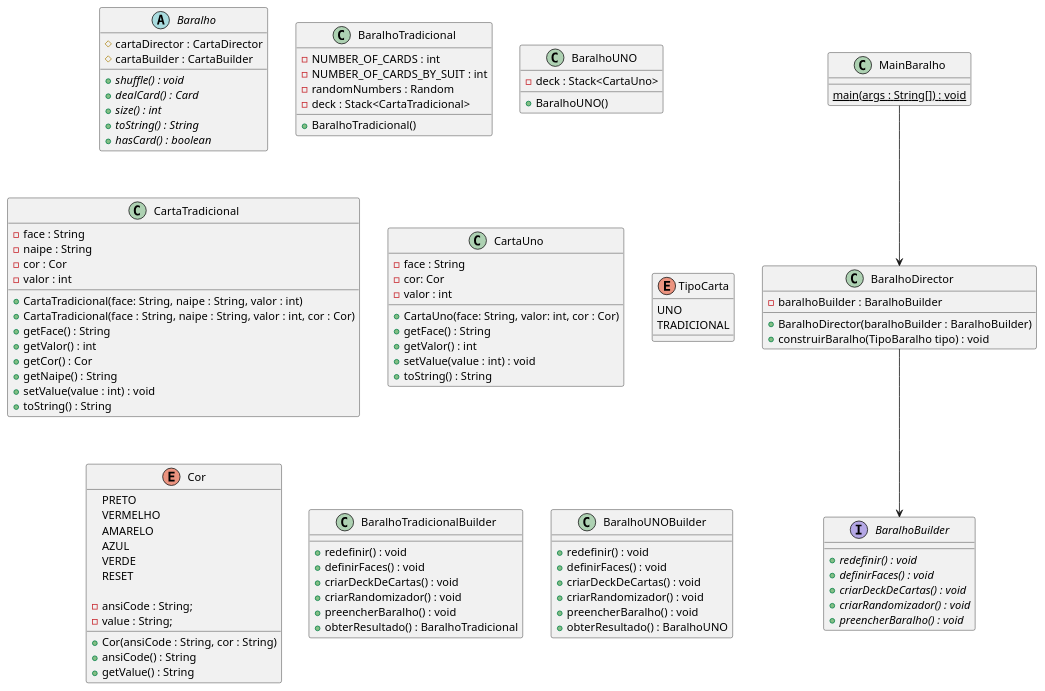
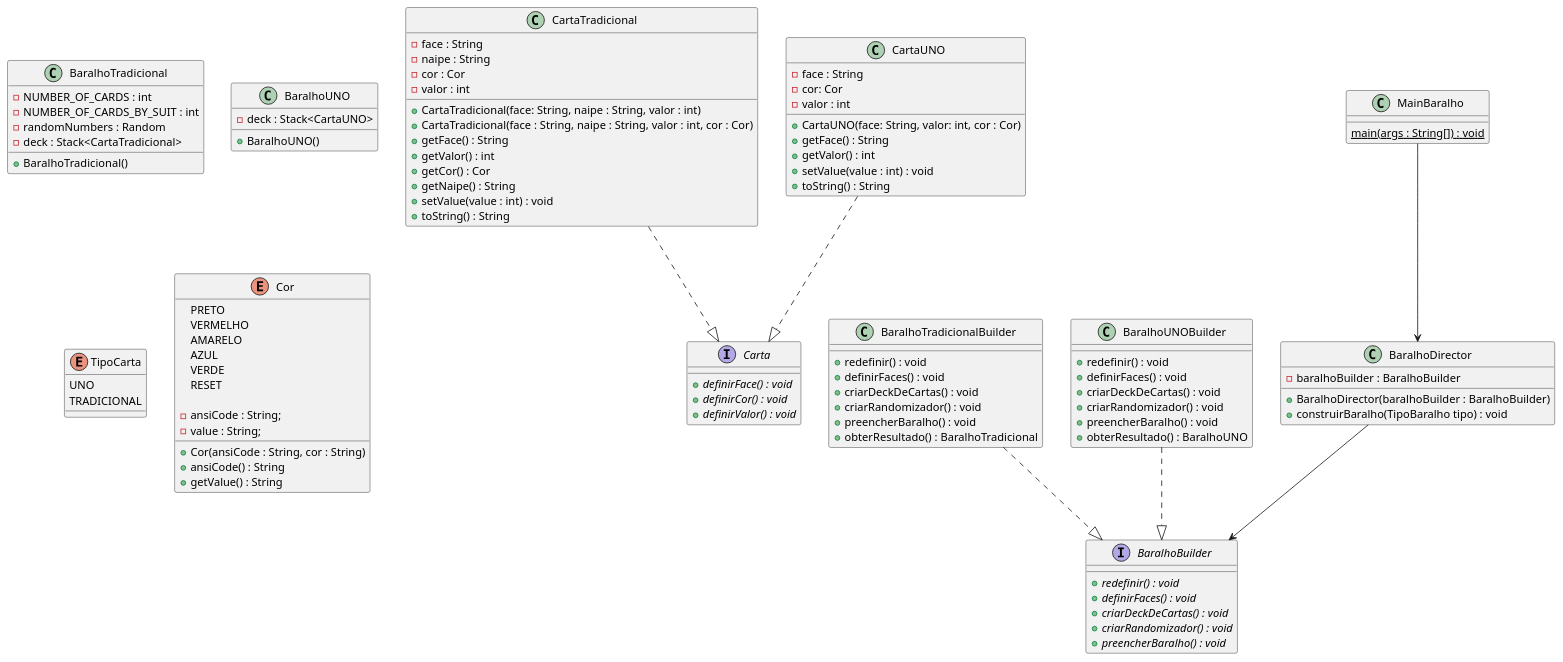
The diagram in docs/diagrama_novo.plantuml (yagocdj/Segunda-colaborativa-padroes), drawn with PlantUML before and after one commit.

Commit message:
docs: continuando a desenvolver a estrutura do diagrama de classes

```diff
--- a/docs/diagrama_novo.plantuml
+++ b/docs/diagrama_novo.plantuml
@@ -1,126 +1,131 @@
 @startuml diagrama_com_factory
-
-abstract class Baralho {
-    # cartaDirector : CartaDirector 
-    # cartaBuilder : CartaBuilder
-
-    + {abstract} shuffle() : void
-    + {abstract} dealCard() : Card
-    + {abstract} size() : int
-    + {abstract} toString() : String
-    + {abstract} hasCard() : boolean    
-}
 
 class BaralhoTradicional {
     - NUMBER_OF_CARDS : int
     - NUMBER_OF_CARDS_BY_SUIT : int
     - randomNumbers : Random
     - deck : Stack<CartaTradicional>
 
 
     + BaralhoTradicional()
 }
 
 class BaralhoUNO {
-    - deck : Stack<CartaUno>
+    - deck : Stack<CartaUNO>
+   
     + BaralhoUNO()
-
 }
 
-'------------Carta--------------
+'--------------------- Carta ---------------------
+
 class CartaTradicional {
     - face : String
     - naipe : String
     - cor : Cor
     - valor : int
 
     + CartaTradicional(face: String, naipe : String, valor : int)
     + CartaTradicional(face : String, naipe : String, valor : int, cor : Cor)
     + getFace() : String
     + getValor() : int
     + getCor() : Cor
     + getNaipe() : String
     + setValue(value : int) : void
     + toString() : String
 }
 
-class CartaUno {
+class CartaUNO {
     - face : String
     - cor: Cor
     - valor : int
 
-    + CartaUno(face: String, valor: int, cor : Cor)
+    + CartaUNO(face: String, valor: int, cor : Cor)
     + getFace() : String
     + getValor() : int
     + setValue(value : int) : void
     + toString() : String
 }
 
 enum TipoCarta{
     UNO
     TRADICIONAL
 }
 
 enum Cor {
 	PRETO
     VERMELHO
 	AMARELO
     AZUL
     VERDE
 	RESET
 	
 	- ansiCode : String;
 	- value : String;
 
 	+ Cor(ansiCode : String, cor : String)
 	+ ansiCode() : String
 	+ getValue() : String
 }
 
 '--------------------- Builder ---------------------
 
 interface BaralhoBuilder {
     + {abstract} redefinir() : void
     + {abstract} definirFaces() : void
     + {abstract} criarDeckDeCartas() : void
     + {abstract} criarRandomizador() : void
     + {abstract} preencherBaralho() : void
 }
 
 class BaralhoTradicionalBuilder {
     + redefinir() : void
     + definirFaces() : void
     + criarDeckDeCartas() : void
     + criarRandomizador() : void
     + preencherBaralho() : void
     + obterResultado() : BaralhoTradicional
 }
 
 class BaralhoUNOBuilder {
     + redefinir() : void
     + definirFaces() : void
     + criarDeckDeCartas() : void
     + criarRandomizador() : void
     + preencherBaralho() : void
     + obterResultado() : BaralhoUNO
 }
 
 class BaralhoDirector {
     - baralhoBuilder : BaralhoBuilder
 
     + BaralhoDirector(baralhoBuilder : BaralhoBuilder)
     + construirBaralho(TipoBaralho tipo) : void
 }
 
+'--------------------- Factory method ---------------------
+
+interface Carta {
+    + {abstract} definirFace() : void
+    + {abstract} definirCor() : void
+    + {abstract} definirValor() : void
+}
+
+
 '--------------------- Cliente ---------------------
 
 class MainBaralho {
     {static} main(args : String[]) : void
 }
 
 '--------------------- Relacionamentos ---------------------
 
 BaralhoDirector --> BaralhoBuilder
 MainBaralho --> BaralhoDirector
 
+BaralhoTradicionalBuilder ..|> BaralhoBuilder
+BaralhoUNOBuilder ..|> BaralhoBuilder
+
+CartaUNO ..|> Carta
+CartaTradicional ..|> Carta
+
 @enduml
```
